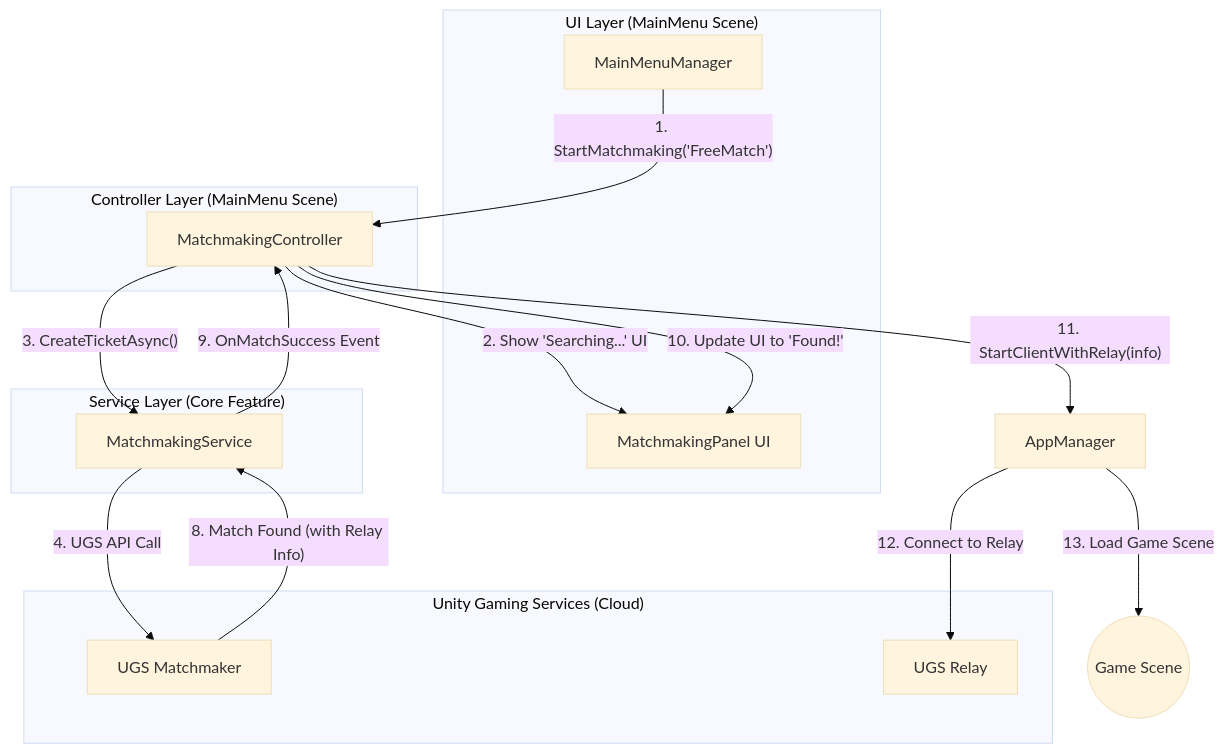
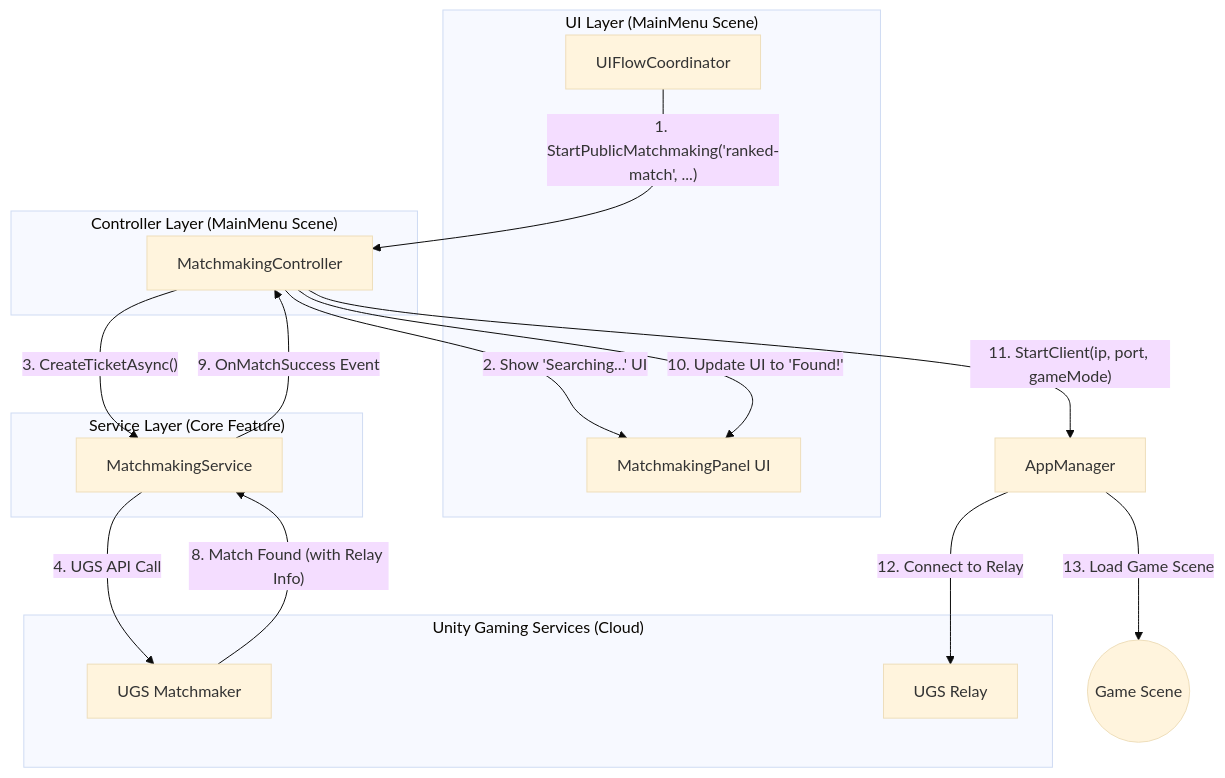
Before and after one commit to C4P3/TypingSurvivor: the first of 3 diagrams in Assets/_Project/Features/Core/Matchmaking/Matchmaking-Design.md, drawn with Mermaid (base theme). The commit also changed other lines of this file and 11 other files, not shown here.

````diff
--- a/Assets/_Project/Features/Core/Matchmaking/Matchmaking-Design.md
+++ b/Assets/_Project/Features/Core/Matchmaking/Matchmaking-Design.md
@@ -19,32 +19,32 @@
 ```mermaid
 graph TD
     subgraph "UI Layer (MainMenu Scene)"
-        A[MainMenuManager]
+        A[UIFlowCoordinator]
         B[MatchmakingPanel UI]
     end
 
     subgraph "Controller Layer (MainMenu Scene)"
         C[MatchmakingController]
     end
 
     subgraph "Service Layer (Core Feature)"
         D[MatchmakingService]
     end
 
     subgraph "Unity Gaming Services (Cloud)"
         E[UGS Matchmaker]
         F[UGS Relay]
     end
 
-    A -- "1. StartMatchmaking('FreeMatch')" --> C
+    A -- "1. StartPublicMatchmaking('ranked-match', ...)" --> C
     C -- "2. Show 'Searching...' UI" --> B
     C -- "3. CreateTicketAsync()" --> D
     D -- "4. UGS API Call" --> E
     E -- "8. Match Found (with Relay Info)" --> D
     D -- "9. OnMatchSuccess Event" --> C
     C -- "10. Update UI to 'Found!'" --> B
-    C -- "11. StartClientWithRelay(info)" --> G[AppManager]
+    C -- "11. StartClient(ip, port, gameMode)" --> G[AppManager]
     G -- "12. Connect to Relay" --> F
     G -- "13. Load Game Scene" --> H((Game Scene))
 
 ```
````
